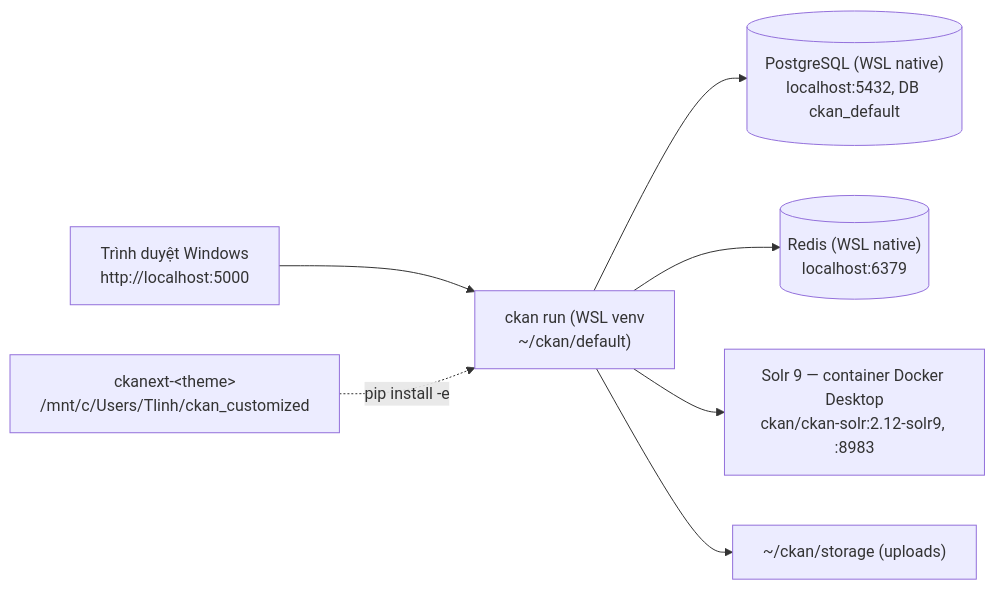
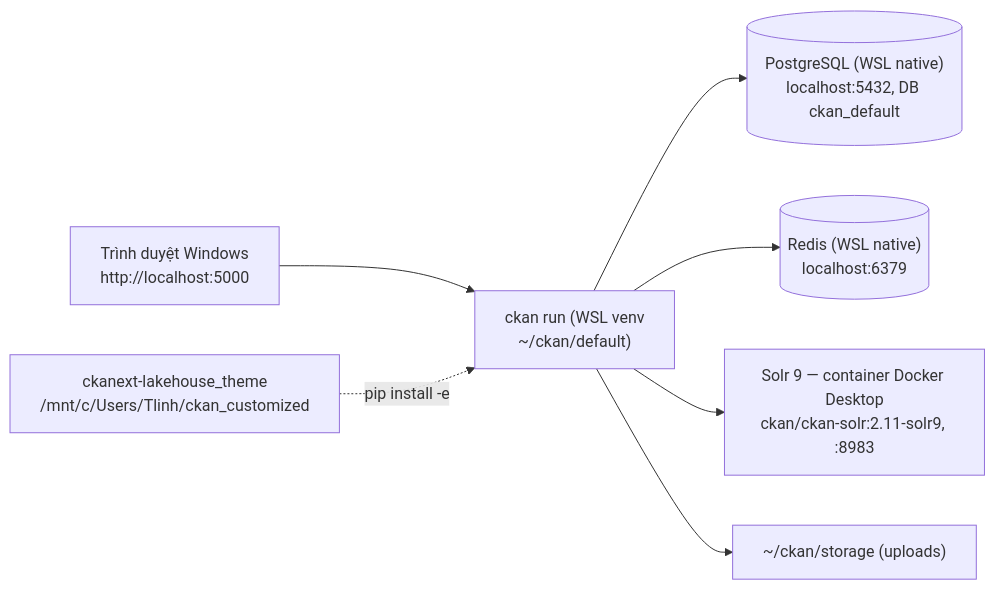
The diagram in docs/phase-1-local-source.md (jayyyyte/ckan_customized), drawn with Mermaid before and after one commit. The commit also changed other lines of this file and 8 other files, not shown here.

````diff
--- a/docs/phase-1-local-source.md
+++ b/docs/phase-1-local-source.md
@@ -7,9 +9,9 @@
 ```mermaid
 flowchart LR
   B["Trình duyệt Windows<br/>http://localhost:5000"] --> C["ckan run (WSL venv<br/>~/ckan/default)"]
   C --> PG[("PostgreSQL (WSL native)<br/>localhost:5432, DB ckan_default")]
   C --> R[("Redis (WSL native)<br/>localhost:6379")]
-  C --> S["Solr 9 — container Docker Desktop<br/>ckan/ckan-solr:2.12-solr9, :8983"]
+  C --> S["Solr 9 — container Docker Desktop<br/>ckan/ckan-solr:2.11-solr9, :8983"]
   C --> F["~/ckan/storage (uploads)"]
-  T["ckanext-&lt;theme&gt;<br/>/mnt/c/Users/Tlinh/ckan_customized"] -. pip install -e .-> C
+  T["ckanext-lakehouse_theme<br/>/mnt/c/Users/Tlinh/ckan_customized"] -. pip install -e .-> C
 ```
````
